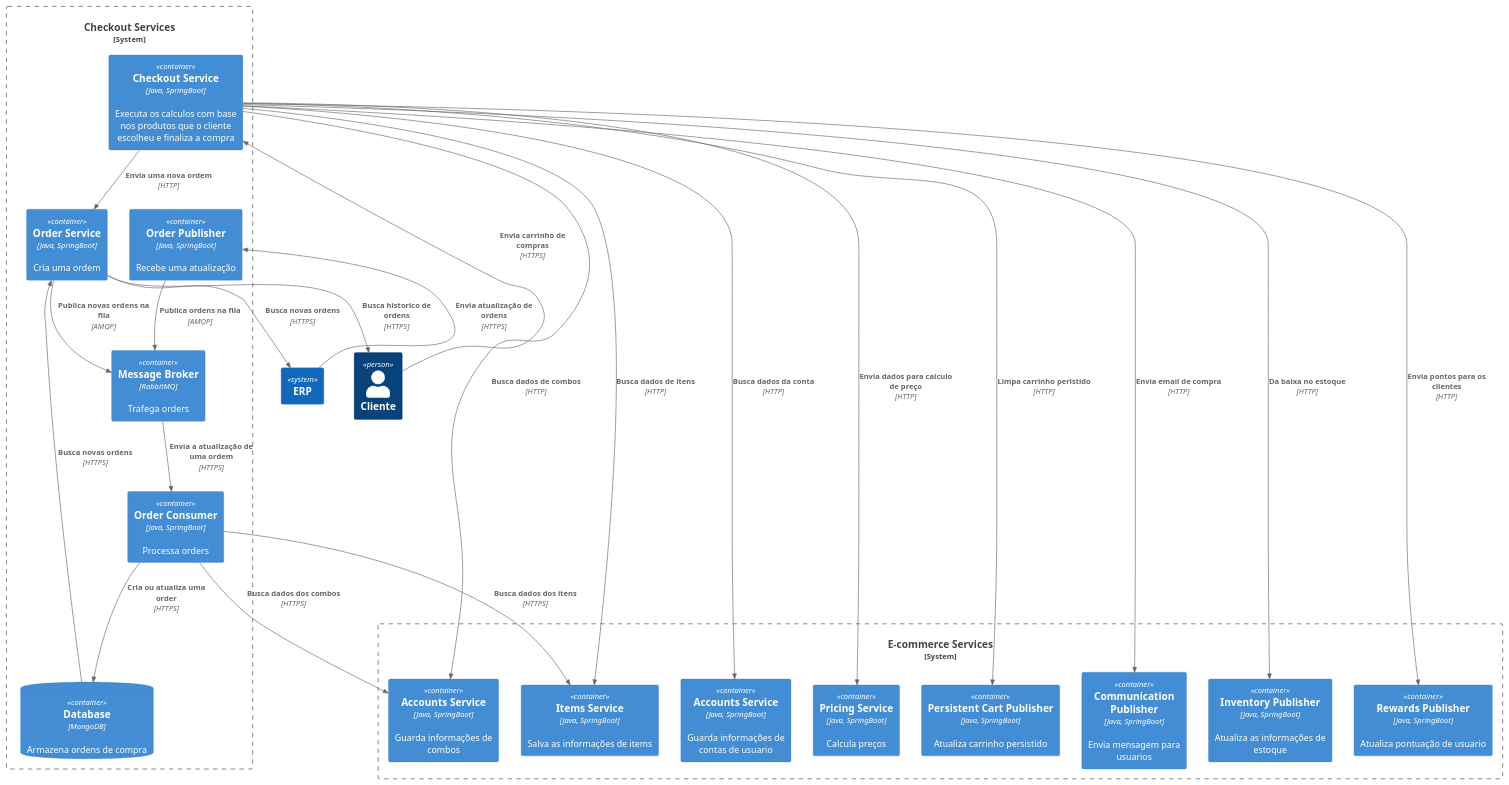
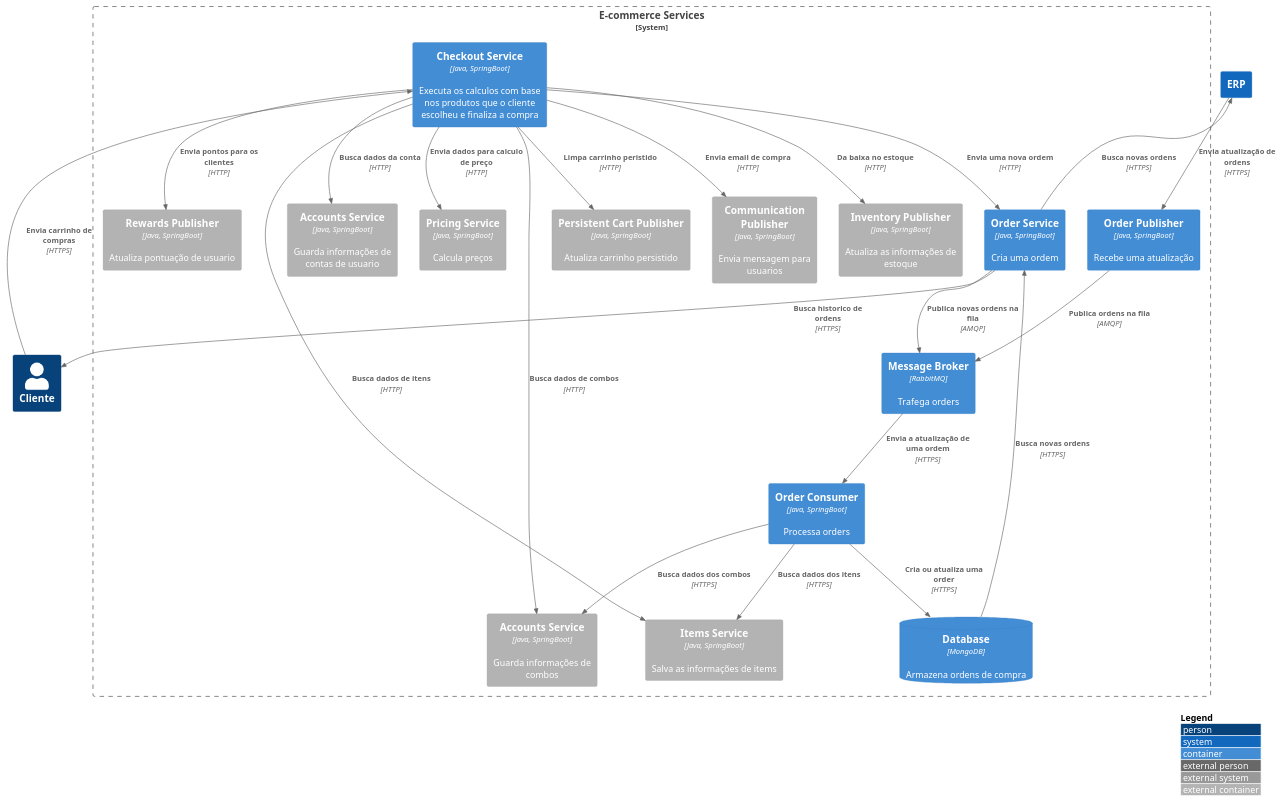
Before and after one commit to lvictor05/IGTI-ProjetoFinal: the diagram in Legado/Legado-C2.plantuml, drawn with PlantUML. The commit also changed 5 other files, not shown here.

```diff
--- a/Legado/Legado-C2.plantuml
+++ b/Legado/Legado-C2.plantuml
@@ -1,55 +1,55 @@
-@startuml C1 - Legado
+@startuml C2 - Legado
 !include https://raw.githubusercontent.com/plantuml-stdlib/C4-PlantUML/master/C4_Container.puml
+
+LAYOUT_WITH_LEGEND()
 
 Person(cliente, "Cliente")
 
-System_Boundary(b_checkout, "Checkout Services") {
+System_Boundary(b_checkout, "E-commerce Services") {
     Container(checkout, "Checkout Service", "Java, SpringBoot", "Executa os calculos com base nos produtos que o cliente escolheu e finaliza a compra")
     Container(order_service, "Order Service", "Java, SpringBoot", "Cria uma ordem")
     Container(order_consumer, "Order Consumer", "Java, SpringBoot", "Processa orders")
     Container(order_publisher, "Order Publisher", "Java, SpringBoot", "Recebe uma atualização")
     Container(rabbit, "Message Broker", "RabbitMQ", "Trafega orders")
     ContainerDb(mongo, "Database", "MongoDB", "Armazena ordens de compra")
-}
 
-System_Boundary(b_other_services, "E-commerce Services") {
-    Container(accounts, "Accounts Service", "Java, SpringBoot", "Guarda informações de contas de usuario")
-    Container(pricing, "Pricing Service", "Java, SpringBoot", "Calcula preços")
-    Container(combos, "Accounts Service", "Java, SpringBoot", "Guarda informações de combos")
-    Container(items, "Items Service", "Java, SpringBoot", "Salva as informações de items")
-    Container(persistentCart, "Persistent Cart Publisher", "Java, SpringBoot", "Atualiza carrinho persistido")
-    Container(communications, "Communication Publisher", "Java, SpringBoot", "Envia mensagem para usuarios")
-    Container(inventory, "Inventory Publisher", "Java, SpringBoot", "Atualiza as informações de estoque")
-    Container(rewards, "Rewards Publisher", "Java, SpringBoot", "Atualiza pontuação de usuario")
+    Container_Ext(accounts, "Accounts Service", "Java, SpringBoot", "Guarda informações de contas de usuario")
+    Container_Ext(pricing, "Pricing Service", "Java, SpringBoot", "Calcula preços")
+    Container_Ext(combos, "Accounts Service", "Java, SpringBoot", "Guarda informações de combos")
+    Container_Ext(items, "Items Service", "Java, SpringBoot", "Salva as informações de items")
+    Container_Ext(persistentCart, "Persistent Cart Publisher", "Java, SpringBoot", "Atualiza carrinho persistido")
+    Container_Ext(communications, "Communication Publisher", "Java, SpringBoot", "Envia mensagem para usuarios")
+    Container_Ext(inventory, "Inventory Publisher", "Java, SpringBoot", "Atualiza as informações de estoque")
+    Container_Ext(rewards, "Rewards Publisher", "Java, SpringBoot", "Atualiza pontuação de usuario")
 }
 
 System(erp, "ERP")
 Rel(cliente, checkout, "Envia carrinho de compras", "HTTPS")
 
 Rel(checkout, order_service, "Envia uma nova ordem", "HTTP")
 Rel(checkout, accounts, "Busca dados da conta", "HTTP")
 Rel(checkout, pricing, "Envia dados para calculo de preço", "HTTP")
 Rel(checkout, combos, "Busca dados de combos", "HTTP")
 Rel(checkout, items, "Busca dados de itens", "HTTP")
 Rel(checkout, persistentCart, "Limpa carrinho peristido", "HTTP")
 Rel(checkout, communications, "Envia email de compra", "HTTP")
 Rel(checkout, inventory, "Da baixa no estoque", "HTTP")
 Rel(checkout, rewards, "Envia pontos para os clientes", "HTTP")
 
 
 Rel(order_service, cliente, "Busca historico de ordens", "HTTPS")
 Rel(order_service, rabbit, "Publica novas ordens na fila", "AMQP")
 Rel(order_service, erp, "Busca novas ordens", "HTTPS")
 
 Rel(order_consumer, mongo, "Cria ou atualiza uma order", "HTTPS")
 Rel(order_consumer, items, "Busca dados dos itens", "HTTPS")
 Rel(order_consumer, combos, "Busca dados dos combos", "HTTPS")
 
 Rel(rabbit, order_consumer, "Envia a atualização de uma ordem", "HTTPS")
 
 Rel(order_publisher, rabbit, "Publica ordens na fila", "AMQP")
 
 Rel(erp, order_publisher, "Envia atualização de ordens", "HTTPS")
 
 Rel(mongo, order_service, "Busca novas ordens", "HTTPS")
 @enduml
```
